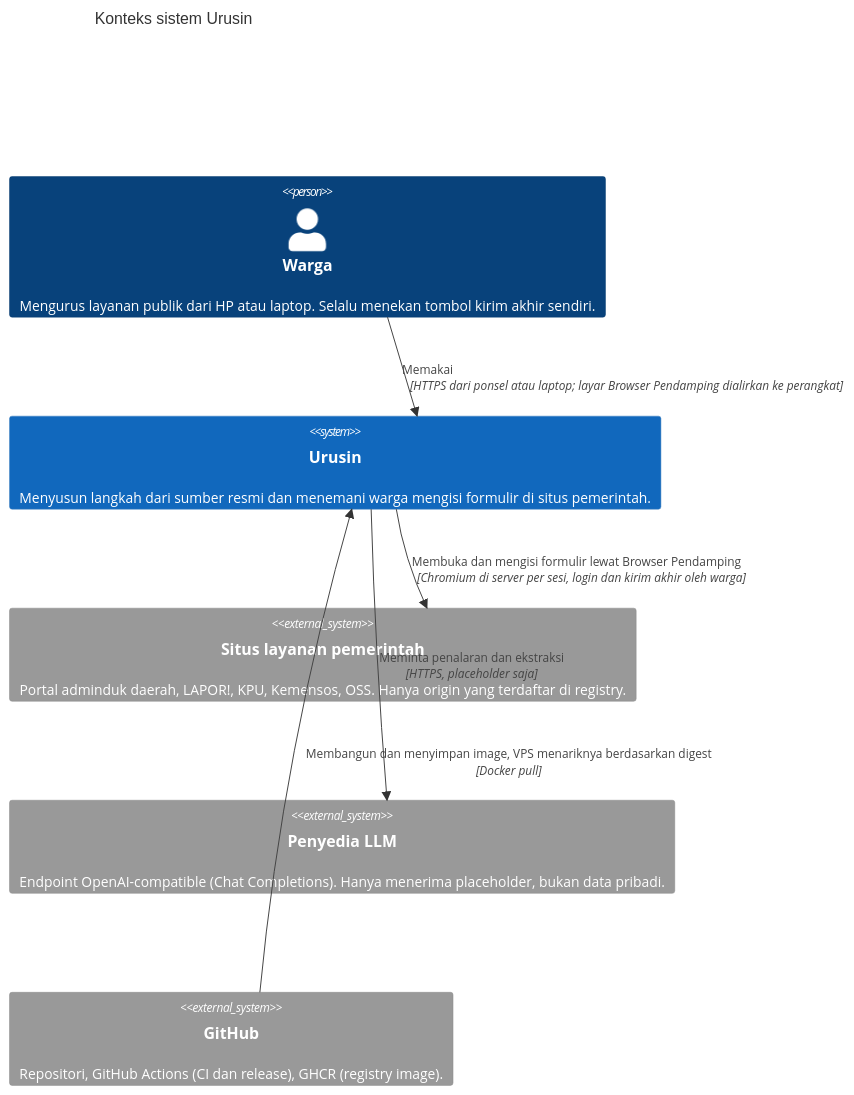
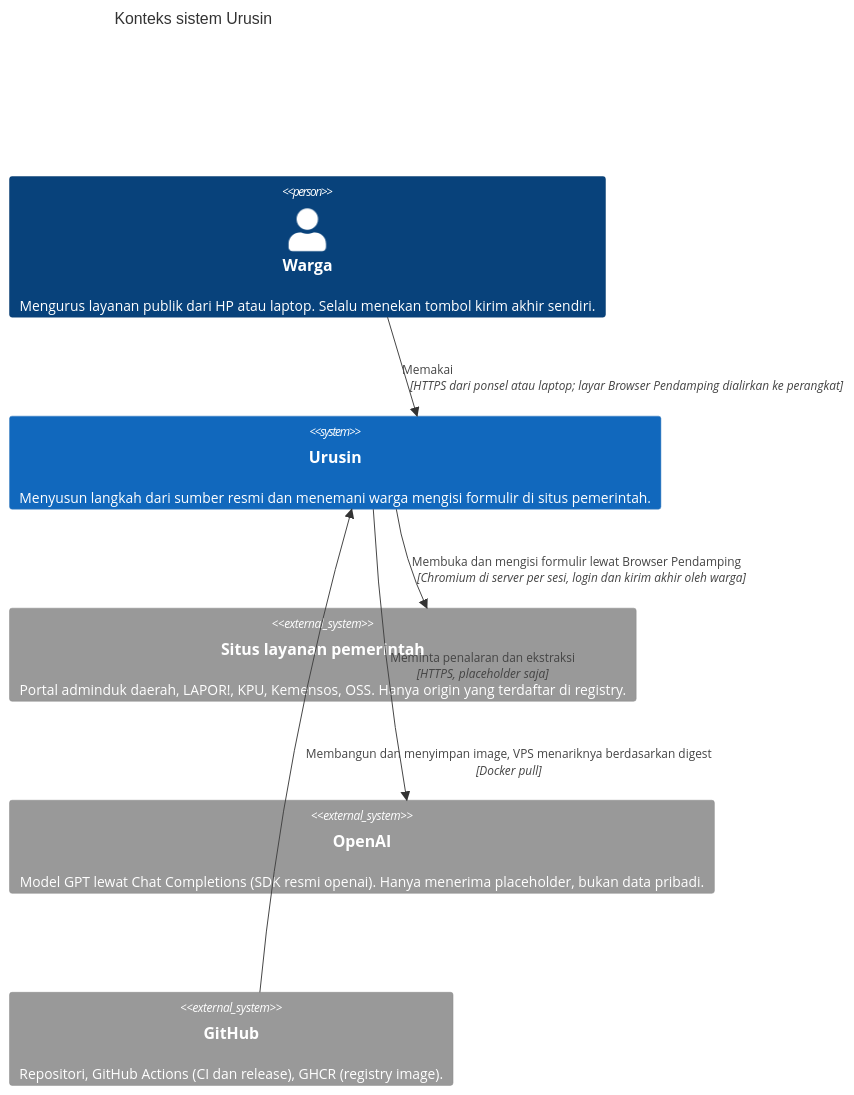
The first of 3 diagrams in docs/arsitektur.md (bynguts/urusin), drawn with Mermaid before and after one commit. The commit also changed other lines of this file and 1 other file, not shown here.

````diff
--- a/docs/arsitektur.md
+++ b/docs/arsitektur.md
@@ -12,17 +12,17 @@
 ```mermaid
 C4Context
   title Konteks sistem Urusin
 
   Person(warga, "Warga", "Mengurus layanan publik dari HP atau laptop. Selalu menekan tombol kirim akhir sendiri.")
 
   System(urusin, "Urusin", "Menyusun langkah dari sumber resmi dan menemani warga mengisi formulir di situs pemerintah.")
 
   System_Ext(gov, "Situs layanan pemerintah", "Portal adminduk daerah, LAPOR!, KPU, Kemensos, OSS. Hanya origin yang terdaftar di registry.")
-  System_Ext(llm, "Penyedia LLM", "Endpoint OpenAI-compatible (Chat Completions). Hanya menerima placeholder, bukan data pribadi.")
+  System_Ext(llm, "OpenAI", "Model GPT lewat Chat Completions (SDK resmi openai). Hanya menerima placeholder, bukan data pribadi.")
   System_Ext(gh, "GitHub", "Repositori, GitHub Actions (CI dan release), GHCR (registry image).")
 
   Rel(warga, urusin, "Memakai", "HTTPS dari ponsel atau laptop; layar Browser Pendamping dialirkan ke perangkat")
   Rel(urusin, gov, "Membuka dan mengisi formulir lewat Browser Pendamping", "Chromium di server per sesi, login dan kirim akhir oleh warga")
   Rel(urusin, llm, "Meminta penalaran dan ekstraksi", "HTTPS, placeholder saja")
   Rel(gh, urusin, "Membangun dan menyimpan image, VPS menariknya berdasarkan digest", "Docker pull")
 ```
````
